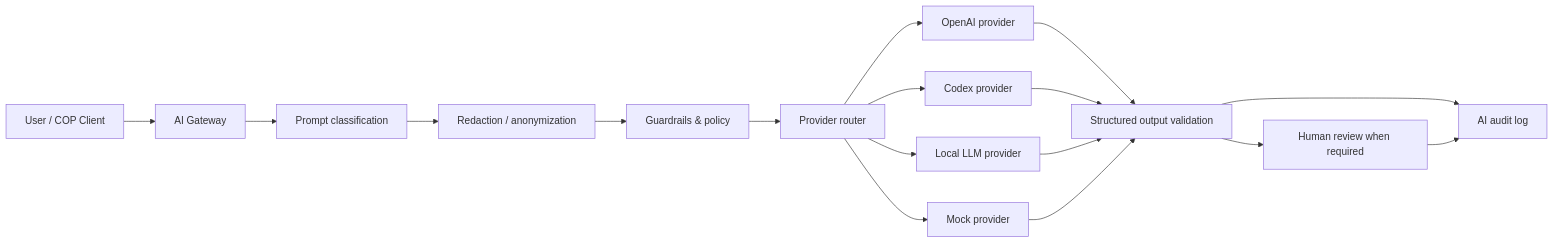
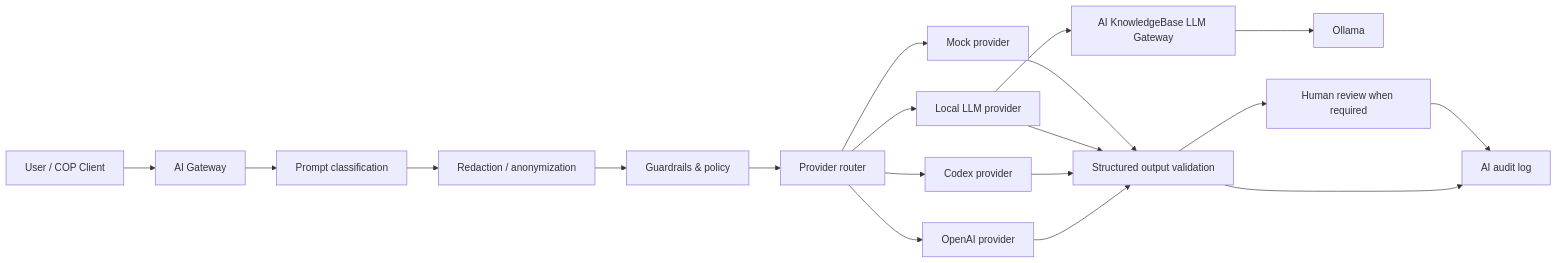
The diagram in docs/ai/01_AI_ARCHITECTURE.md (voldzi/delta_acr_cop), drawn with Mermaid before and after one commit. The commit also changed 8 other files, not shown here.

Commit message:
Integrate local AI gateway provider

````diff
--- a/docs/ai/01_AI_ARCHITECTURE.md
+++ b/docs/ai/01_AI_ARCHITECTURE.md
@@ -7,29 +7,31 @@
 ```mermaid
 flowchart LR
     USER["User / COP Client"]
     GW["AI Gateway"]
     CLASS["Prompt classification"]
     REDACT["Redaction / anonymization"]
     POLICY["Guardrails & policy"]
     ROUTER["Provider router"]
     OPENAI["OpenAI provider"]
     CODEX["Codex provider"]
     LOCAL["Local LLM provider"]
+    AKB["AI KnowledgeBase LLM Gateway"]
+    OLLAMA["Ollama"]
     MOCK["Mock provider"]
     VALID["Structured output validation"]
     HUMAN["Human review when required"]
     AUDIT["AI audit log"]
 
     USER --> GW --> CLASS --> REDACT --> POLICY --> ROUTER
     ROUTER --> OPENAI
     ROUTER --> CODEX
-    ROUTER --> LOCAL
+    ROUTER --> LOCAL --> AKB --> OLLAMA
     ROUTER --> MOCK
     OPENAI --> VALID
     CODEX --> VALID
     LOCAL --> VALID
     MOCK --> VALID
     VALID --> HUMAN
     VALID --> AUDIT
     HUMAN --> AUDIT
 ```
````
